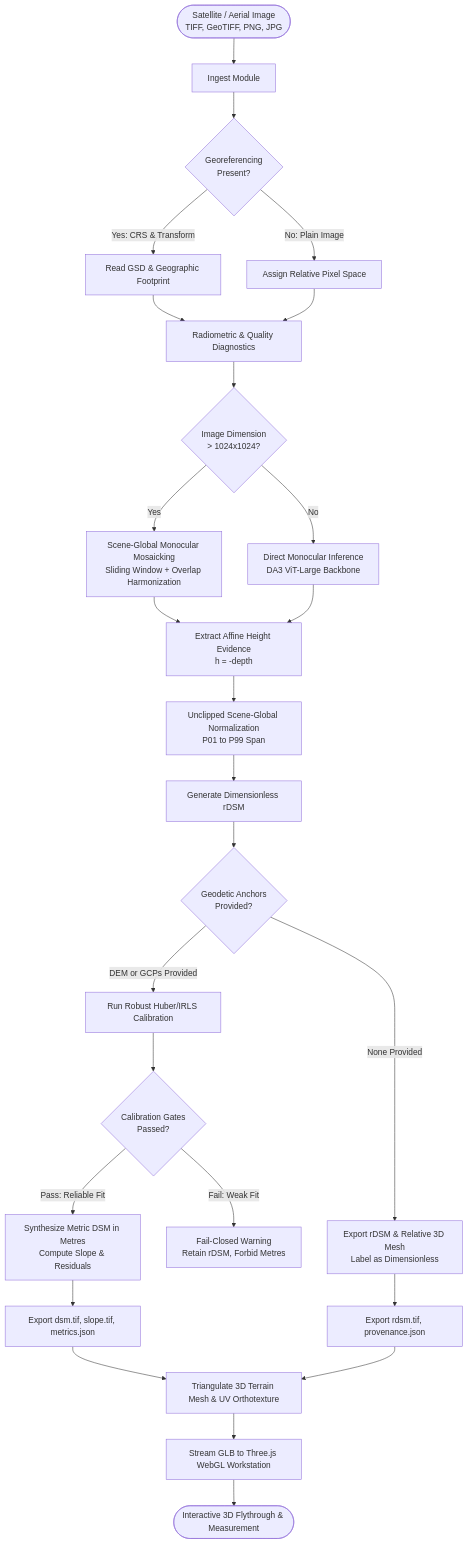
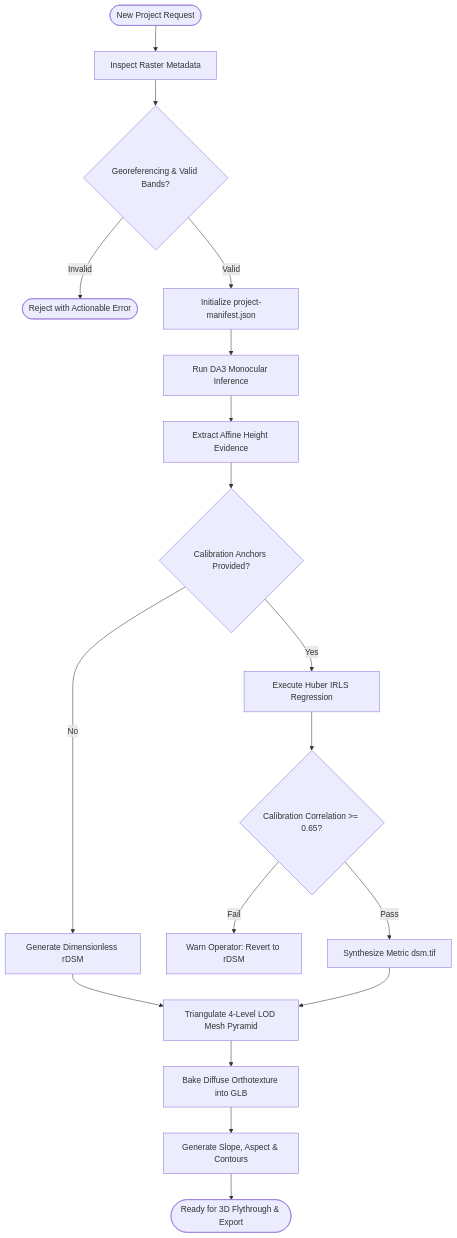
The fourth of 6 diagrams in README.md (mouryas-aiml/BHUNETRA), drawn with Mermaid before and after one commit. The commit also changed other lines of this file and 1 other file, not shown here.

````diff
--- a/README.md
+++ b/README.md
@@ -377,41 +534,20 @@
 ```mermaid
 flowchart TD
-    A([Satellite / Aerial Image\nTIFF, GeoTIFF, PNG, JPG]) --> B[Ingest Module]
-    B --> C{Georeferencing\nPresent?}
-    
-    C -->|Yes: CRS & Transform| D[Read GSD & Geographic Footprint]
-    C -->|No: Plain Image| E[Assign Relative Pixel Space]
-    
-    D --> F[Radiometric & Quality Diagnostics]
-    E --> F
-    
-    F --> G{Image Dimension\n> 1024x1024?}
-    
-    G -->|Yes| H[Scene-Global Monocular Mosaicking\nSliding Window + Overlap Harmonization]
-    G -->|No| I[Direct Monocular Inference\nDA3 ViT-Large Backbone]
-    
-    H --> J[Extract Affine Height Evidence\nh = -depth]
-    I --> J
-    
-    J --> K[Unclipped Scene-Global Normalization\nP01 to P99 Span]
-    K --> L[Generate Dimensionless rDSM]
-    
-    L --> M{Geodetic Anchors\nProvided?}
-    
-    M -->|None Provided| N[Export rDSM & Relative 3D Mesh\nLabel as Dimensionless]
-    M -->|DEM or GCPs Provided| O[Run Robust Huber/IRLS Calibration]
-    
-    O --> P{Calibration Gates\nPassed?}
-    
-    P -->|Fail: Weak Fit| Q[Fail-Closed Warning\nRetain rDSM, Forbid Metres]
-    P -->|Pass: Reliable Fit| R[Synthesize Metric DSM in Metres\nCompute Slope & Residuals]
-    
-    R --> S[Export dsm.tif, slope.tif, metrics.json]
-    N --> T[Export rdsm.tif, provenance.json]
-    
-    S --> U[Triangulate 3D Terrain Mesh & UV Orthotexture]
-    T --> U
-    
-    U --> V[Stream GLB to Three.js WebGL Workstation]
-    V --> W([Interactive 3D Flythrough & Measurement])
+    A([New Project Request]) --> B[Inspect Raster Metadata]
+    B --> C{Georeferencing & Valid Bands?}
+    C -- Invalid --> D([Reject with Actionable Error])
+    C -- Valid --> E[Initialize project-manifest.json]
+    E --> F[Run DA3 Monocular Inference]
+    F --> G[Extract Affine Height Evidence]
+    G --> H{Calibration Anchors Provided?}
+    H -- No --> I[Generate Dimensionless rDSM]
+    H -- Yes --> J[Execute Huber IRLS Regression]
+    J --> K{Calibration Correlation >= 0.65?}
+    K -- Fail --> L[Warn Operator: Revert to rDSM]
+    K -- Pass --> M[Synthesize Metric dsm.tif]
+    I --> N[Triangulate 4-Level LOD Mesh Pyramid]
+    M --> N
+    N --> O[Bake Diffuse Orthotexture into GLB]
+    O --> P[Generate Slope, Aspect & Contours]
+    P --> Q([Ready for 3D Flythrough & Export])
 ```
````
